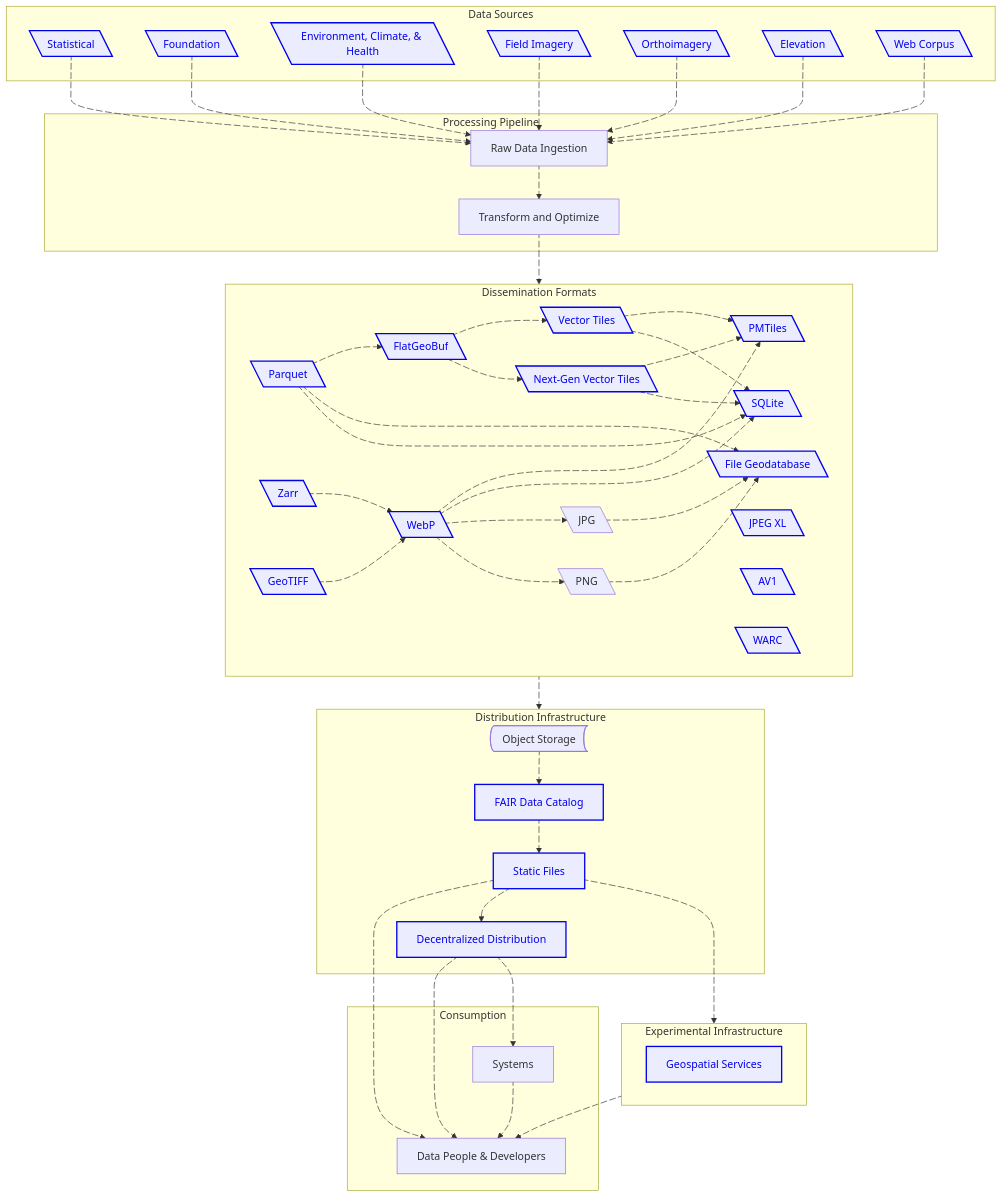
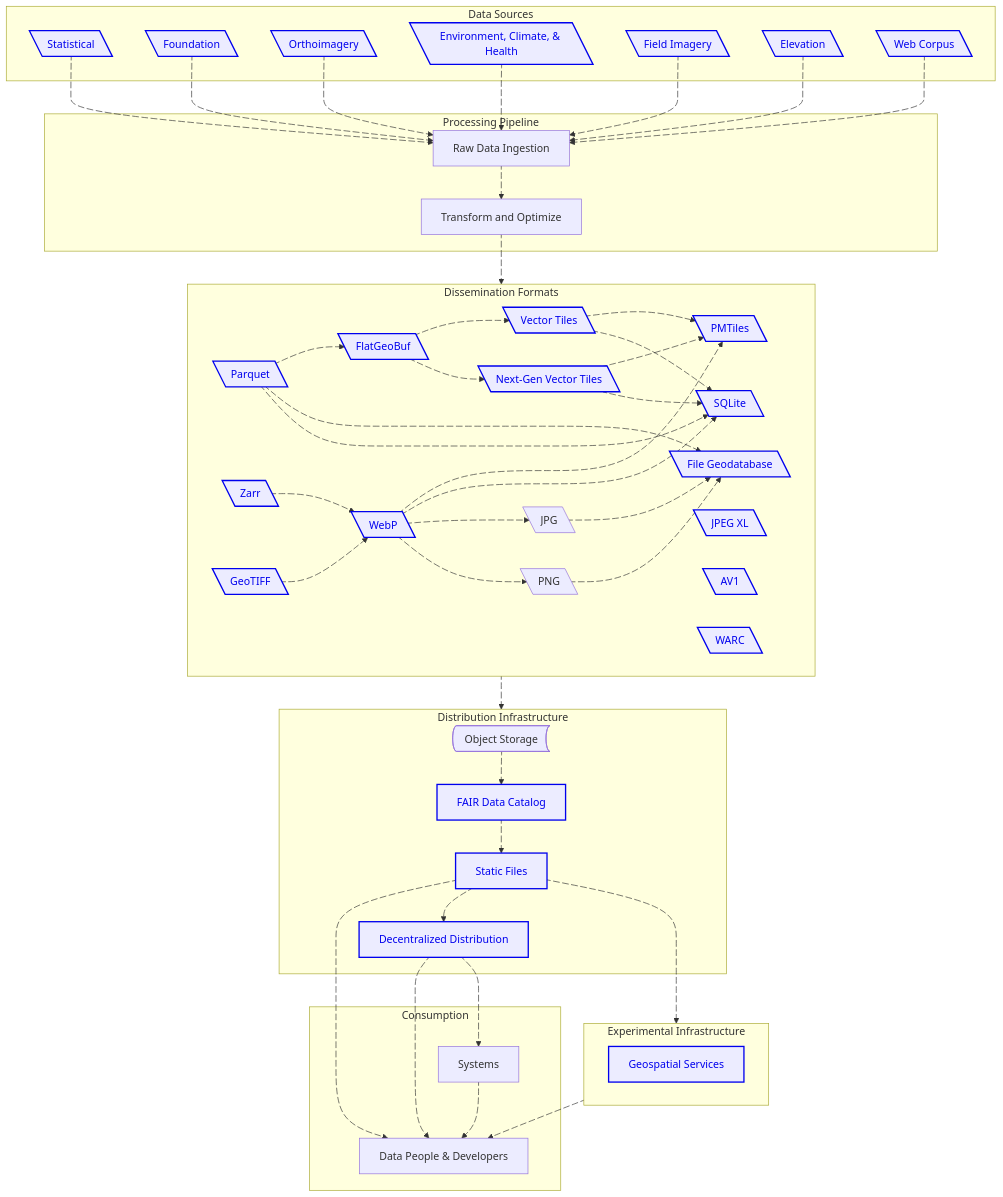
Before and after one commit to dataforcanada/www.dataforcanada.org: the diagram in content/_index.md, drawn with Mermaid. The commit also changed other lines of this file, not shown here.

Commit message:
Reorder data sources. The orthoimagery is a product that people will find easier to relate

```diff
--- a/content/_index.md
+++ b/content/_index.md
@@ -66,8 +66,8 @@
     subgraph ds [Data Sources]
         Statistical@{ shape: lean-l}
         Foundation@{ shape: lean-l}
+        Orthoimagery@{ shape: lean-l}
         EnvironmentClimate@{ shape: lean-l, label: "Environment, Climate, & Health"}
-        Orthoimagery@{ shape: lean-l}
         FieldImagery@{ shape: lean-l, label: "Field Imagery"}
         Elevation@{ shape: lean-l}
         WebCorpus@{ shape: lean-l, label: "Web Corpus"}
@@ -123,12 +123,12 @@
     a1@{animate: true, animation: slow}
     Foundation a2@--> Raw
     a2@{animate: true, animation: slow}
+    Orthoimagery a3@--> Raw
+    a3@{animate: true, animation: slow}
     EnvironmentClimate a5@--> Raw
     a5@{animate: true, animation: fast}
     FieldImagery a4@--> Raw
     a4@{animate:true, animation: fast}
-    Orthoimagery a3@--> Raw
-    a3@{animate: true, animation: slow}
     Elevation a6@--> Raw
     a6@{animate: true, animation: slow}
     WebCorpus a7@--> Raw
```
